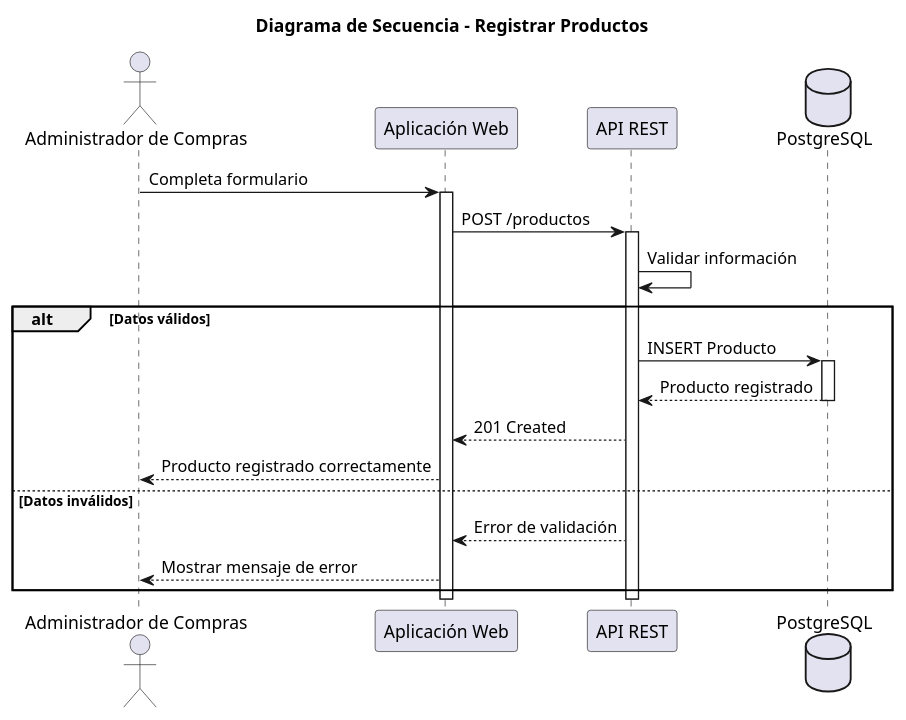
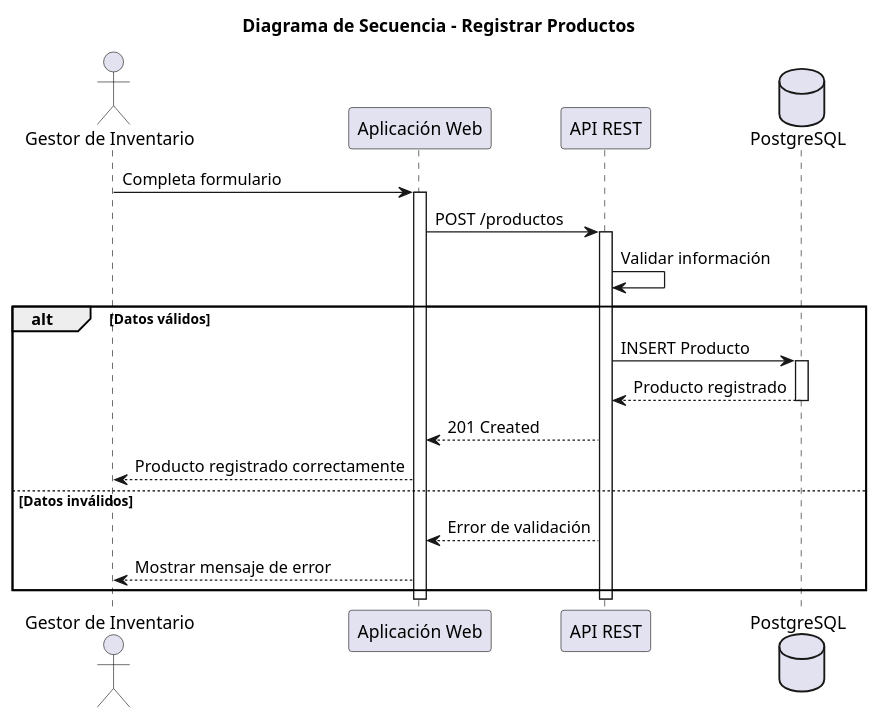
Before and after one commit to hannakathe/erp-software-architecture: the diagram in docs/diagrama_secuencia.plantuml, drawn with PlantUML. The commit also changed 2 other files, not shown here.

Commit message:
Update documentation and diagrams for ERP system: enhance requirements section, clarify stakeholder roles, and correct sequence diagram actor

```diff
--- a/docs/diagrama_secuencia.plantuml
+++ b/docs/diagrama_secuencia.plantuml
@@ -1,49 +1,49 @@
 @startuml diagrama_secuencia
 
 title Diagrama de Secuencia - Registrar Productos
 
-actor "Administrador de Compras" as admin
+actor "Gestor de Inventario" as admin
 
 participant "Aplicación Web" as web
 
 participant "API REST" as api
 
 database "PostgreSQL" as db
 
 admin -> web : Completa formulario
 
 activate web
 
 web -> api : POST /productos
 
 activate api
 
 api -> api : Validar información
 
 alt Datos válidos
 
 api -> db : INSERT Producto
 
 activate db
 
 db --> api : Producto registrado
 
 deactivate db
 
 api --> web : 201 Created
 
 web --> admin : Producto registrado correctamente
 
 else Datos inválidos
 
 api --> web : Error de validación
 
 web --> admin : Mostrar mensaje de error
 
 end
 
 deactivate api
 
 deactivate web
 
 @enduml
```
